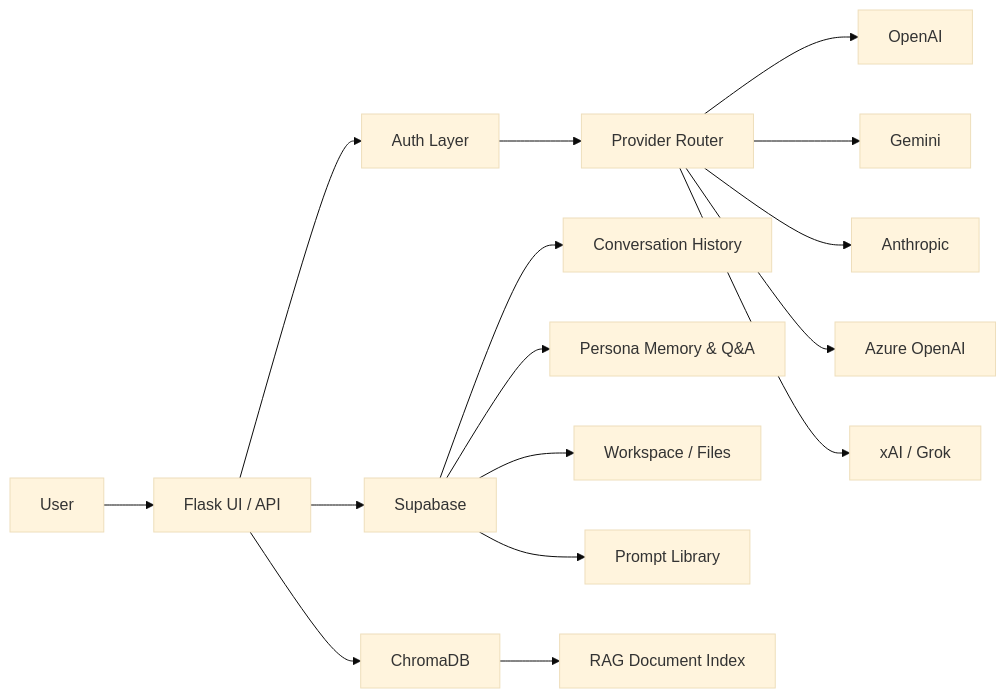
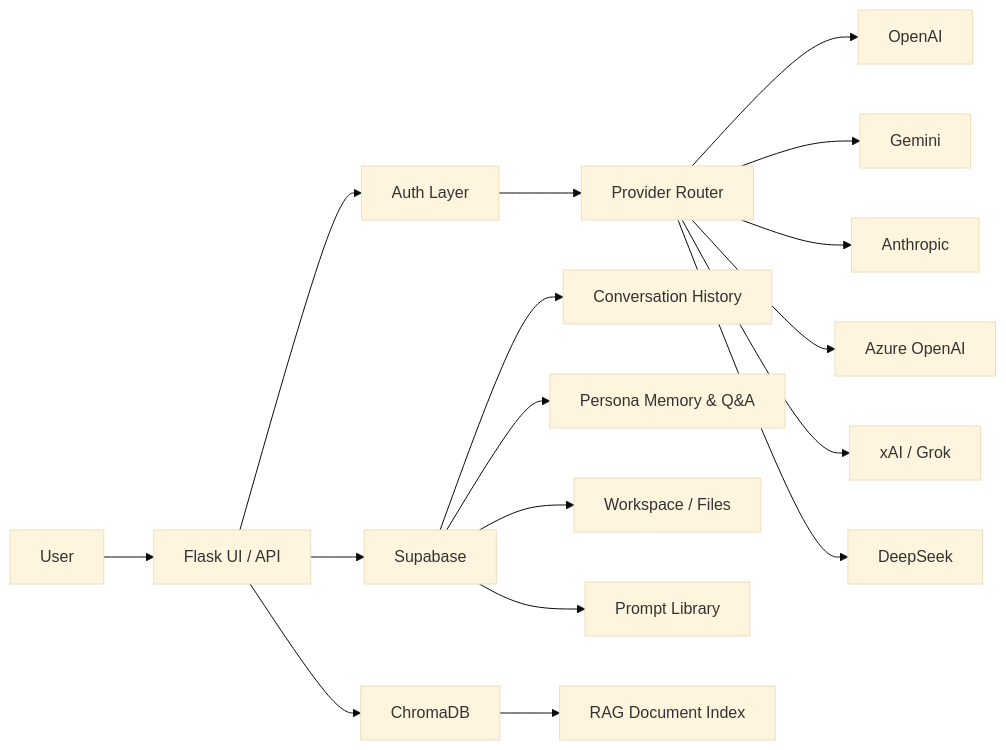
Before and after one commit to shinwookyi-oss/ai-hub: the diagram in README.md, drawn with Mermaid (base theme). The commit also changed other lines of this file and 1 other file, not shown here.

Commit message:
Update README v3.1: DeepSeek, driving mode, TTS stop; update user manual with driving mode guide

````diff
--- a/README.md
+++ b/README.md
@@ -542,18 +555,19 @@
 ```mermaid
 graph LR
     A[User] --> B[Flask UI / API]
     B --> C[Auth Layer]
     C --> D[Provider Router]
     D --> E[OpenAI]
     D --> F[Gemini]
     D --> G[Anthropic]
     D --> H[Azure OpenAI]
     D --> I[xAI / Grok]
+    D --> I2[DeepSeek]
     B --> J[Supabase]
     J --> K[Conversation History]
     J --> L[Persona Memory & Q&A]
     J --> M[Workspace / Files]
     J --> N[Prompt Library]
     B --> O[ChromaDB]
     O --> P[RAG Document Index]
 ```
````
